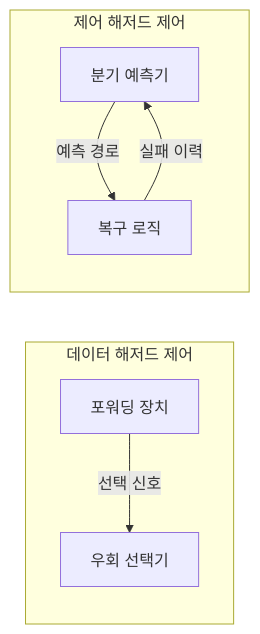
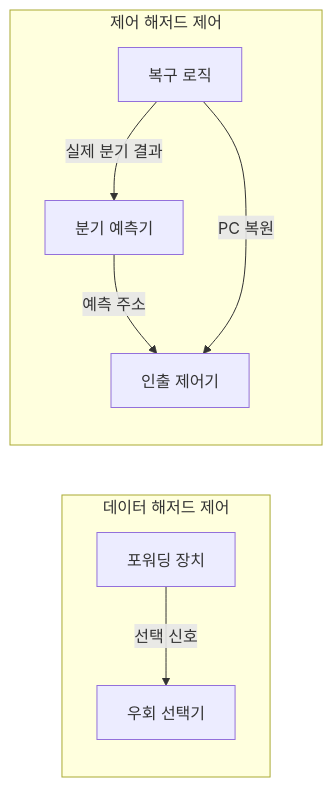
The first of 2 diagrams in src/content/docs/notes/02-hardware/008_pipeline_forwarding_branch_prediction.md (agnusdei1207/knowledge-base), drawn with Mermaid before and after one commit. The commit also changed other lines of this file and 7 other files, not shown here.

````diff
--- a/src/content/docs/notes/02-hardware/008_pipeline_forwarding_branch_prediction.md
+++ b/src/content/docs/notes/02-hardware/008_pipeline_forwarding_branch_prediction.md
@@ -60,10 +60,11 @@
 ```mermaid
 flowchart LR
     subgraph FD["데이터 해저드 제어"]
         F["포워딩 장치"] -->|선택 신호| M["우회 선택기"]
     end
     subgraph BC["제어 해저드 제어"]
-        B["분기 예측기"] -->|예측 경로| R["복구 로직"]
-        R -->|실패 이력| B
+        B["분기 예측기"] -->|예측 주소| I["인출 제어기"]
+        R["복구 로직"] -->|PC 복원| I
+        R -->|실제 분기 결과| B
     end
 ```
````
